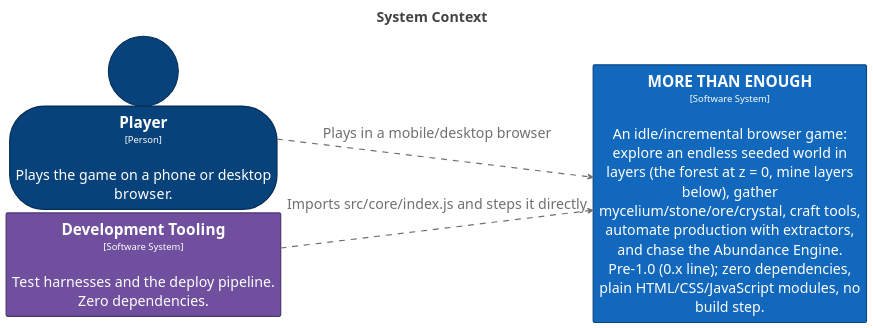
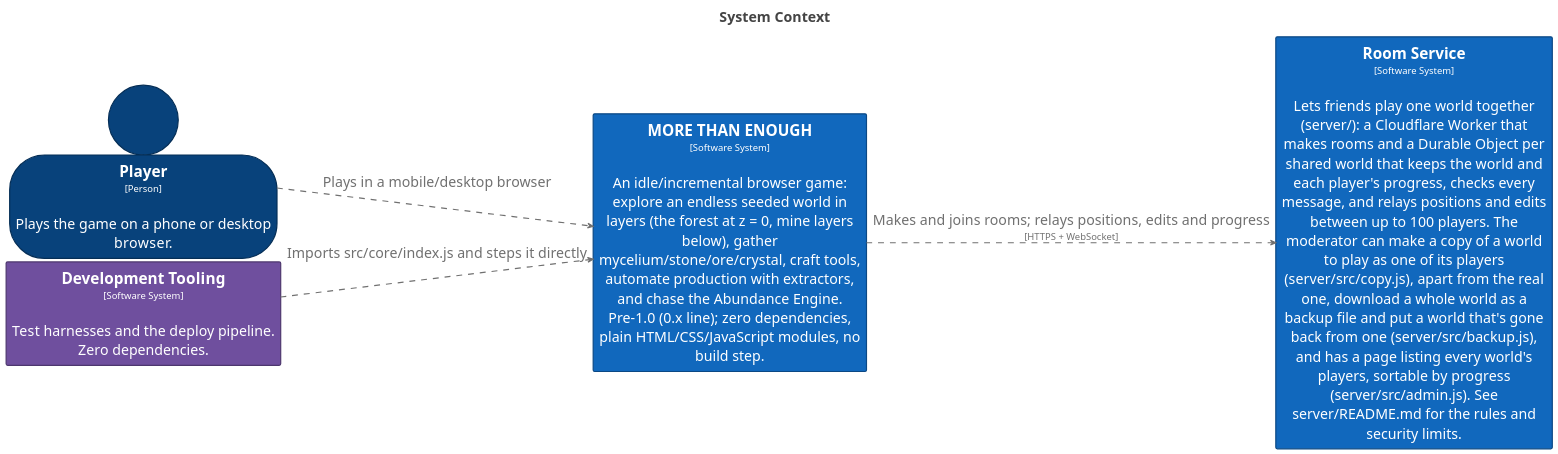
Before and after one commit to bitkojine/more-than-enough: the diagram in structurizr/diagrams/SystemContext.puml, drawn with PlantUML. The commit also changed 82 other files, not shown here.

```diff
--- a/structurizr/diagrams/SystemContext.puml
+++ b/structurizr/diagrams/SystemContext.puml
@@ -2,69 +2,83 @@
 @startuml
 title <size:24>System Context</size>
 
 set separator none
 left to right direction
 skinparam ranksep 20
 skinparam nodesep 5
 hide stereotype
 
 <style>
   root {
     BackgroundColor: #ffffff;
     FontColor: #444444;
   }
   // Element,Person
   .Element-RWxlbWVudCxQZXJzb24= {
     BackgroundColor: #08427b;
     LineColor: #052e56;
+    LineStyle: 0;
+    LineThickness: 2;
+    FontColor: #ffffff;
+    FontSize: 24;
+    HorizontalAlignment: center;
+    Shadowing: 0;
+    MaximumWidth: 450;
+  }
+  // Element,Software System
+  .Element-RWxlbWVudCxTb2Z0d2FyZSBTeXN0ZW0= {
+    BackgroundColor: #1168bd;
+    LineColor: #0b4884;
     LineStyle: 0;
     LineThickness: 2;
     FontColor: #ffffff;
     FontSize: 24;
     HorizontalAlignment: center;
     Shadowing: 0;
     MaximumWidth: 450;
   }
   // Element,Software System,Game
   .Element-RWxlbWVudCxTb2Z0d2FyZSBTeXN0ZW0sR2FtZQ== {
     BackgroundColor: #1168bd;
     LineColor: #0b4884;
     LineStyle: 0;
     LineThickness: 2;
     FontColor: #ffffff;
     FontSize: 24;
     HorizontalAlignment: center;
     Shadowing: 0;
     MaximumWidth: 450;
   }
   // Element,Software System,Tooling
   .Element-RWxlbWVudCxTb2Z0d2FyZSBTeXN0ZW0sVG9vbGluZw== {
     BackgroundColor: #6f4f9e;
     LineColor: #4d376e;
     LineStyle: 0;
     LineThickness: 2;
     FontColor: #ffffff;
     FontSize: 24;
     HorizontalAlignment: center;
     Shadowing: 0;
     MaximumWidth: 450;
   }
   // Relationship
   .Relationship-UmVsYXRpb25zaGlw {
     LineThickness: 2;
     LineStyle: 10-10;
     LineColor: #707070;
     FontColor: #707070;
     FontSize: 24;
     MaximumWidth: 200;
   }
 </style>
 
 person "==Player\n<size:16>[Person]</size>\n\nPlays the game on a phone or desktop browser." <<Element-RWxlbWVudCxQZXJzb24=>> as Player
+rectangle "==MORE THAN ENOUGH\n<size:16>[Software System]</size>\n\nAn idle/incremental browser game: explore an endless seeded world in layers (the forest at z = 0, mine layers below), gather mycelium/stone/ore/crystal, craft tools, automate production with extractors, and chase the Abundance Engine. Pre-1.0 (0.x line); zero dependencies, plain HTML/CSS/JavaScript modules, no build step." <<Element-RWxlbWVudCxTb2Z0d2FyZSBTeXN0ZW0sR2FtZQ==>> as MORETHANENOUGH
+rectangle "==Room Service\n<size:16>[Software System]</size>\n\nLets friends play one world together (server/): a Cloudflare Worker that makes rooms and a Durable Object per shared world that keeps the world and each player's progress, checks every message, and relays positions and edits between up to 100 players. The moderator can make a copy of a world to play as one of its players (server/src/copy.js), apart from the real one, download a whole world as a backup file and put a world that's gone back from one (server/src/backup.js), and has a page listing every world's players, sortable by progress (server/src/admin.js). See server/README.md for the rules and security limits." <<Element-RWxlbWVudCxTb2Z0d2FyZSBTeXN0ZW0=>> as RoomService
 rectangle "==Development Tooling\n<size:16>[Software System]</size>\n\nTest harnesses and the deploy pipeline. Zero dependencies." <<Element-RWxlbWVudCxTb2Z0d2FyZSBTeXN0ZW0sVG9vbGluZw==>> as DevelopmentTooling
-rectangle "==MORE THAN ENOUGH\n<size:16>[Software System]</size>\n\nAn idle/incremental browser game: explore an endless seeded world in layers (the forest at z = 0, mine layers below), gather mycelium/stone/ore/crystal, craft tools, automate production with extractors, and chase the Abundance Engine. Pre-1.0 (0.x line); zero dependencies, plain HTML/CSS/JavaScript modules, no build step." <<Element-RWxlbWVudCxTb2Z0d2FyZSBTeXN0ZW0sR2FtZQ==>> as MORETHANENOUGH
 
 Player --> MORETHANENOUGH <<Relationship-UmVsYXRpb25zaGlw>> : "Plays in a mobile/desktop browser"
+MORETHANENOUGH --> RoomService <<Relationship-UmVsYXRpb25zaGlw>> : "Makes and joins rooms; relays positions, edits and progress\n<size:16>[HTTPS + WebSocket]</size>"
 DevelopmentTooling --> MORETHANENOUGH <<Relationship-UmVsYXRpb25zaGlw>> : "Imports src/core/index.js and steps it directly"
 
 @enduml
```
